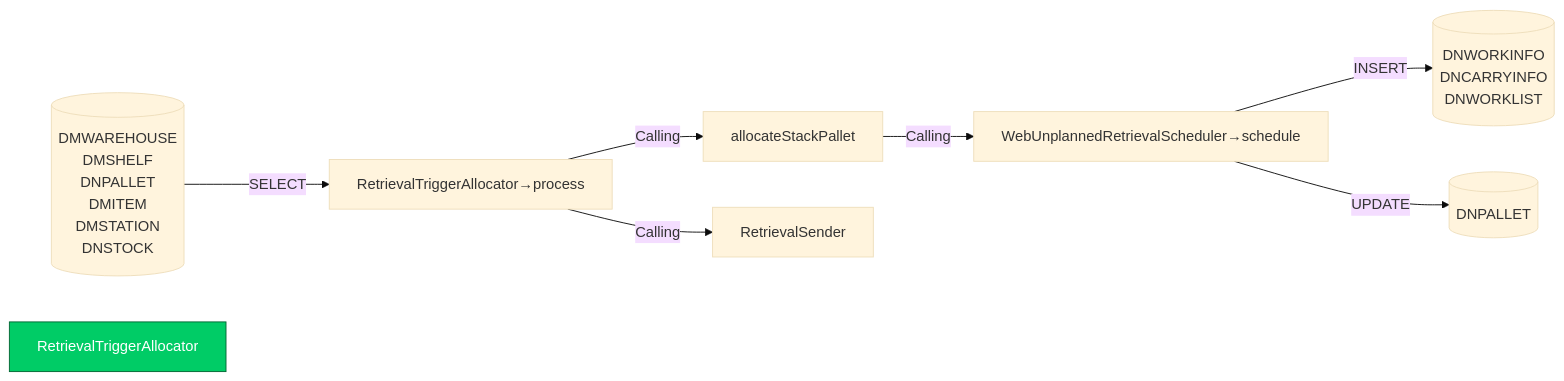
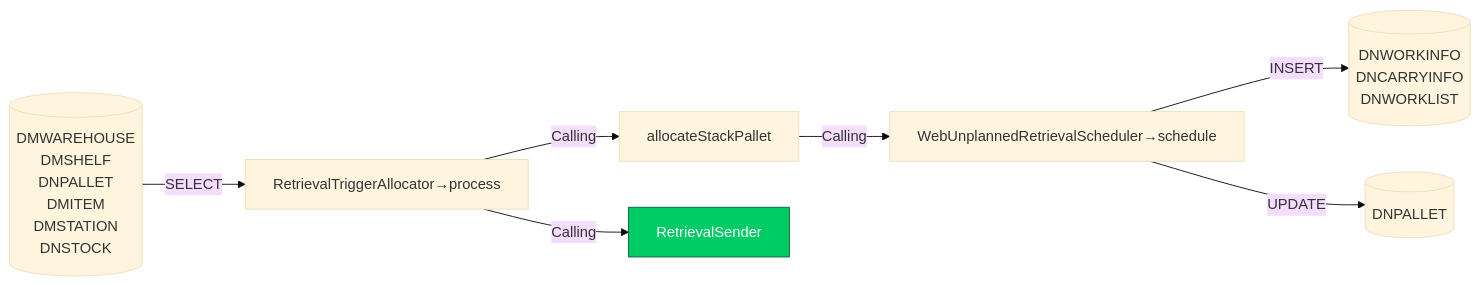
The ninth of 15 diagrams in Basic-Design/DFD-WMS/Retrieval/Stacked-Empty-Pallet.md (luthfiadityaa/SimeDarby-Wiki), drawn with Mermaid (base theme) before and after one commit.

Commit message:
Updated Stacked Empty Pallet

```diff
--- a/Basic-Design/DFD-WMS/Retrieval/Stacked-Empty-Pallet.md
+++ b/Basic-Design/DFD-WMS/Retrieval/Stacked-Empty-Pallet.md
@@ -235,38 +235,38 @@
 ::: mermaid
 flowchart LR    
 
     tableList-insert[("
         DNWORKINFO
         DNCARRYINFO
         DNWORKLIST
     ")]
 
    tableList-update[("
         DNPALLET
     ")]
 
      tableList-select[("
         DMWAREHOUSE
         DMSHELF
         DNPALLET
         DMITEM
         DMSTATION
         DNSTOCK
     ")]
 
     className[RetrievalTriggerAllocator→process]
     className3[allocateStackPallet]
     className2[WebUnplannedRetrievalScheduler→schedule]
     className--> |Calling| className3 --> |Calling| className2
     className--> |Calling| P1[RetrievalSender]
     className2 --> |INSERT| tableList-insert
     className2 --> |UPDATE| tableList-update
     tableList-select --> |SELECT| className
 
-    click RetrievalTriggerAllocator "https://dev.azure.com/Daifuku-SW/ID_SimeDarbyPlantation/_wiki/wikis/ID_SimeDarbyPlantation.wiki/956/Stacked-Empty-Pallet?anchor=retrieval-trigger-allocator" "Go to Retrieval Trigger Allocator"
-    style RetrievalTriggerAllocator fill:#00cc66,stroke:#006633,color:#ffffff
+    click P1 "https://dev.azure.com/Daifuku-SW/ID_SimeDarbyPlantation/_wiki/wikis/ID_SimeDarbyPlantation.wiki/956/Stacked-Empty-Pallet?anchor=retrieval-trigger-allocator" "Go to Retrieval Trigger Allocator"
+    style P1 fill:#00cc66,stroke:#006633,color:#ffffff
 
 
     classDef leftAlign text-align:left;
     class input leftAlign;
 :::
```
